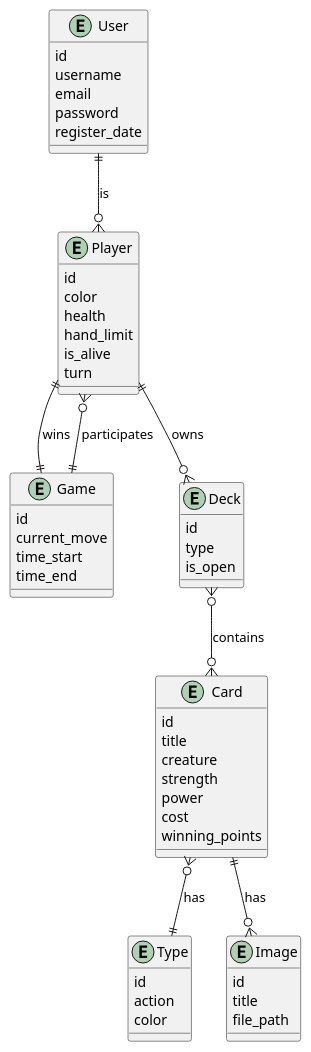
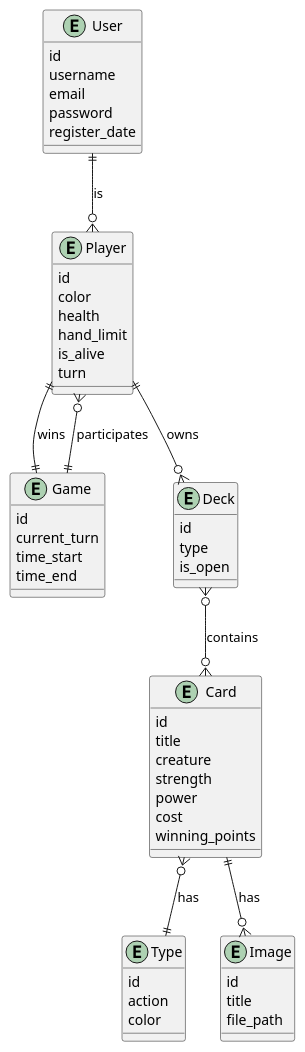
One commit to just-rudy/cool-magic-battles changed the diagram in docs/chen.puml. Above: the diagram before and after it, drawn with PlantUML. The commit also changed 2 other files, not shown here.

Commit message:
l02:fix-schemas

```diff
--- a/docs/chen.puml
+++ b/docs/chen.puml
@@ -1,65 +1,65 @@
 @startuml
 entity User {
   id
   username
   email
   password
   register_date
 }
 
 entity Game {
   id
-  current_move
+  current_turn
   time_start
   time_end
 }
 
 entity Player {
   id
   color
   health
   hand_limit
   is_alive
   turn
 }
 
 entity Card {
   id
   title
   creature
   strength
   power
   cost
   winning_points
 }
 
 entity Type {
   id
   action
   color
 }
 
 entity Image {
   id
   title
   file_path
 }
 
 entity Deck {
   id
   type
   is_open
 }
 
 User ||--o{ Player : is
 Game ||--o{ Player : participates
 
 Player ||--o{ Deck : owns
 Deck }o--o{ Card : contains
 
 Card }o--|| Type : has
 Card ||--o{ Image : has
 
 Player ||--|| Game : wins
 
 @enduml
```
